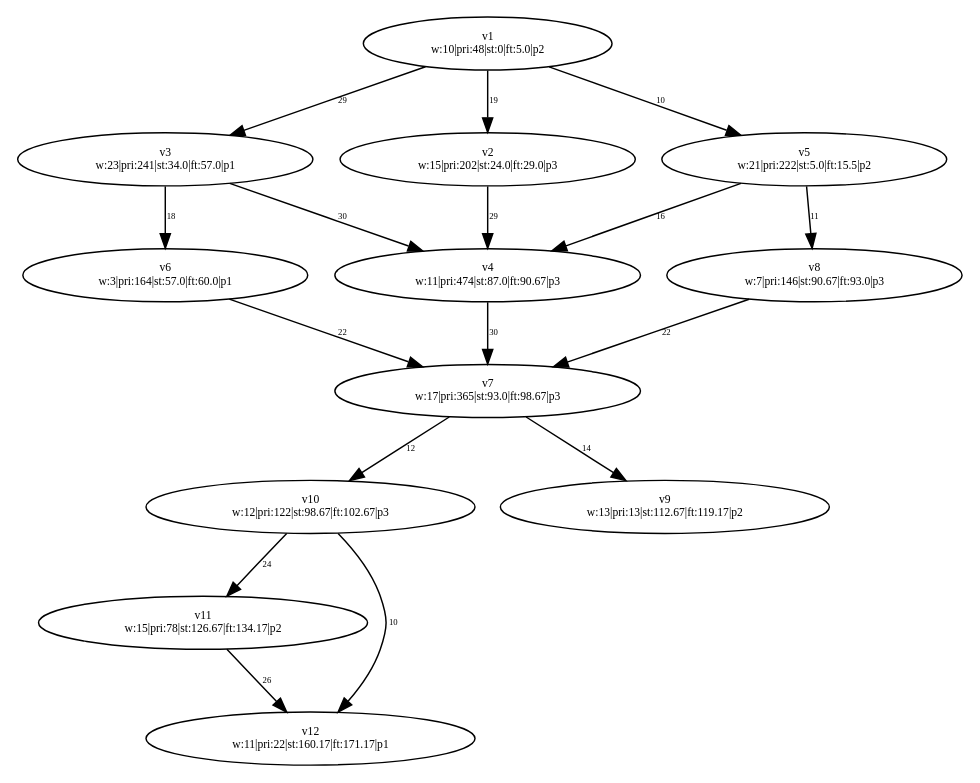
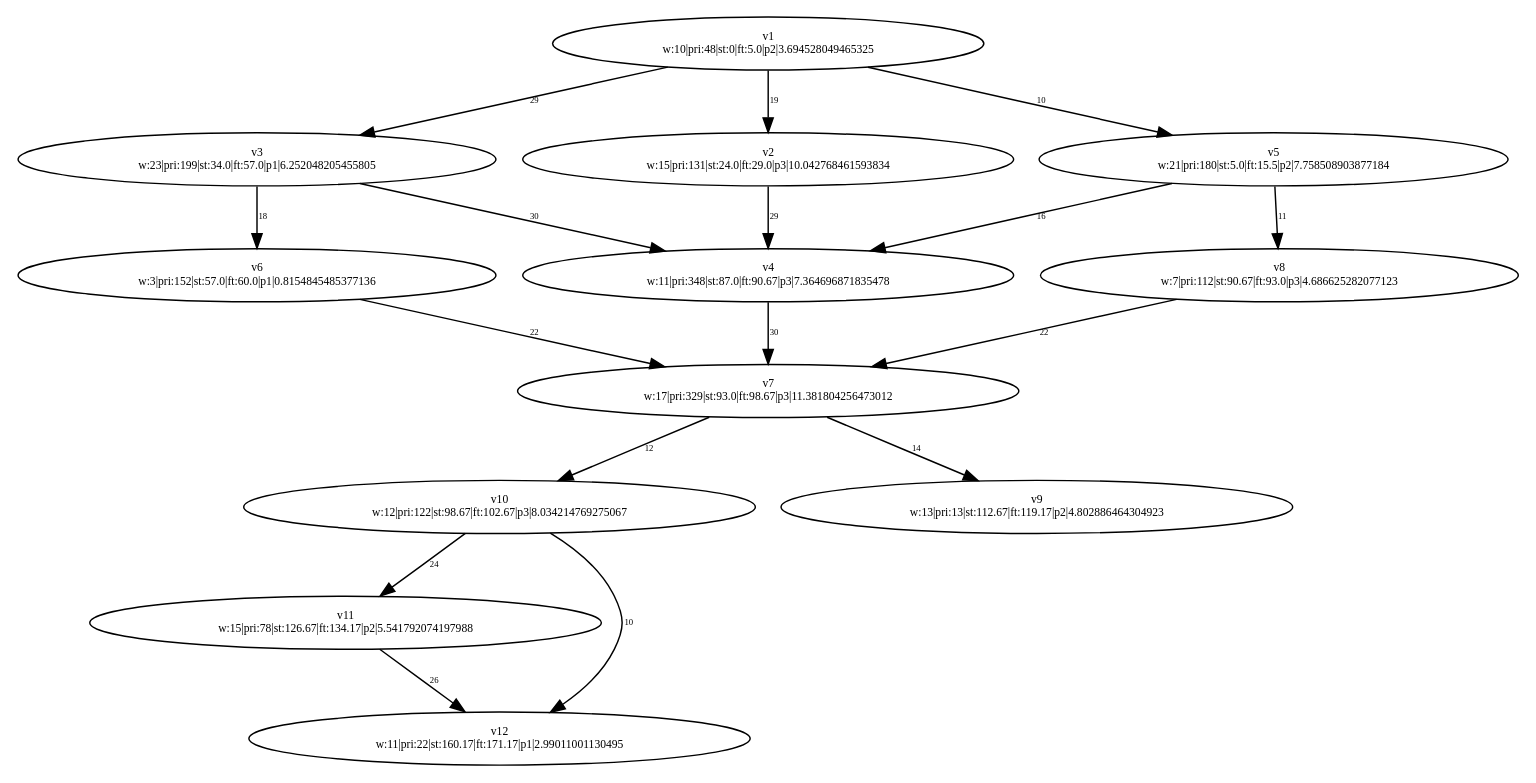
The diagram in PythonApplication1/PythonApplication1/test-output/testGraphAfterProcessingFunctions6.gv (dexters1/Task-Scheduling-Based-on-Genetic-Algorithms), drawn with Graphviz before and after one commit. The commit also changed 51 other files, not shown here.

```diff
--- a/PythonApplication1/PythonApplication1/test-output/testGraphAfterProcessingFunctions6.gv
+++ b/PythonApplication1/PythonApplication1/test-output/testGraphAfterProcessingFunctions6.gv
@@ -1,42 +1,42 @@
 digraph {
 	v1 [label="v1
-w:10|pri:48|st:0|ft:5.0|p2" fontsize=8.0]
+w:10|pri:48|st:0|ft:5.0|p2|3.694528049465325" fontsize=8.0]
 	v3 [label="v3
-w:23|pri:241|st:34.0|ft:57.0|p1" fontsize=8.0]
+w:23|pri:199|st:34.0|ft:57.0|p1|6.252048205455805" fontsize=8.0]
 	v5 [label="v5
-w:21|pri:222|st:5.0|ft:15.5|p2" fontsize=8.0]
+w:21|pri:180|st:5.0|ft:15.5|p2|7.758508903877184" fontsize=8.0]
 	v2 [label="v2
-w:15|pri:202|st:24.0|ft:29.0|p3" fontsize=8.0]
+w:15|pri:131|st:24.0|ft:29.0|p3|10.042768461593834" fontsize=8.0]
 	v4 [label="v4
-w:11|pri:474|st:87.0|ft:90.67|p3" fontsize=8.0]
+w:11|pri:348|st:87.0|ft:90.67|p3|7.364696871835478" fontsize=8.0]
 	v6 [label="v6
-w:3|pri:164|st:57.0|ft:60.0|p1" fontsize=8.0]
+w:3|pri:152|st:57.0|ft:60.0|p1|0.8154845485377136" fontsize=8.0]
 	v8 [label="v8
-w:7|pri:146|st:90.67|ft:93.0|p3" fontsize=8.0]
+w:7|pri:112|st:90.67|ft:93.0|p3|4.686625282077123" fontsize=8.0]
 	v7 [label="v7
-w:17|pri:365|st:93.0|ft:98.67|p3" fontsize=8.0]
+w:17|pri:329|st:93.0|ft:98.67|p3|11.381804256473012" fontsize=8.0]
 	v10 [label="v10
-w:12|pri:122|st:98.67|ft:102.67|p3" fontsize=8.0]
+w:12|pri:122|st:98.67|ft:102.67|p3|8.034214769275067" fontsize=8.0]
 	v9 [label="v9
-w:13|pri:13|st:112.67|ft:119.17|p2" fontsize=8.0]
+w:13|pri:13|st:112.67|ft:119.17|p2|4.802886464304923" fontsize=8.0]
 	v11 [label="v11
-w:15|pri:78|st:126.67|ft:134.17|p2" fontsize=8.0]
+w:15|pri:78|st:126.67|ft:134.17|p2|5.541792074197988" fontsize=8.0]
 	v12 [label="v12
-w:11|pri:22|st:160.17|ft:171.17|p1" fontsize=8.0]
+w:11|pri:22|st:160.17|ft:171.17|p1|2.99011001130495" fontsize=8.0]
 	v1 -> v2 [label=19 constraint=true fontsize=6.0]
 	v1 -> v3 [label=29 constraint=true fontsize=6.0]
 	v1 -> v5 [label=10 constraint=true fontsize=6.0]
 	v2 -> v4 [label=29 constraint=true fontsize=6.0]
 	v3 -> v4 [label=30 constraint=true fontsize=6.0]
 	v5 -> v4 [label=16 constraint=true fontsize=6.0]
 	v3 -> v6 [label=18 constraint=true fontsize=6.0]
 	v5 -> v8 [label=11 constraint=true fontsize=6.0]
 	v6 -> v7 [label=22 constraint=true fontsize=6.0]
 	v8 -> v7 [label=22 constraint=true fontsize=6.0]
 	v4 -> v7 [label=30 constraint=true fontsize=6.0]
 	v7 -> v9 [label=14 constraint=true fontsize=6.0]
 	v7 -> v10 [label=12 constraint=true fontsize=6.0]
 	v10 -> v11 [label=24 constraint=true fontsize=6.0]
 	v10 -> v12 [label=10 constraint=true fontsize=6.0]
 	v11 -> v12 [label=26 constraint=true fontsize=6.0]
 }
```
